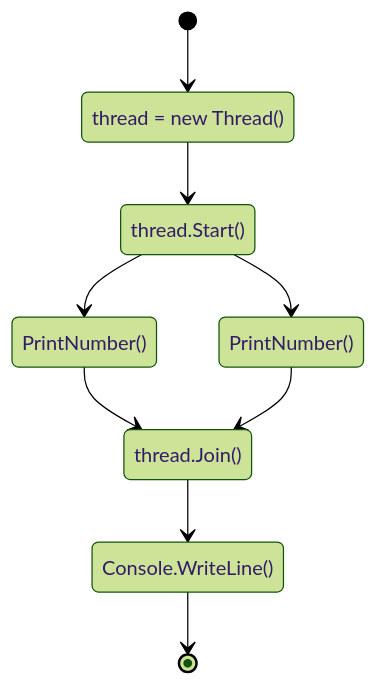
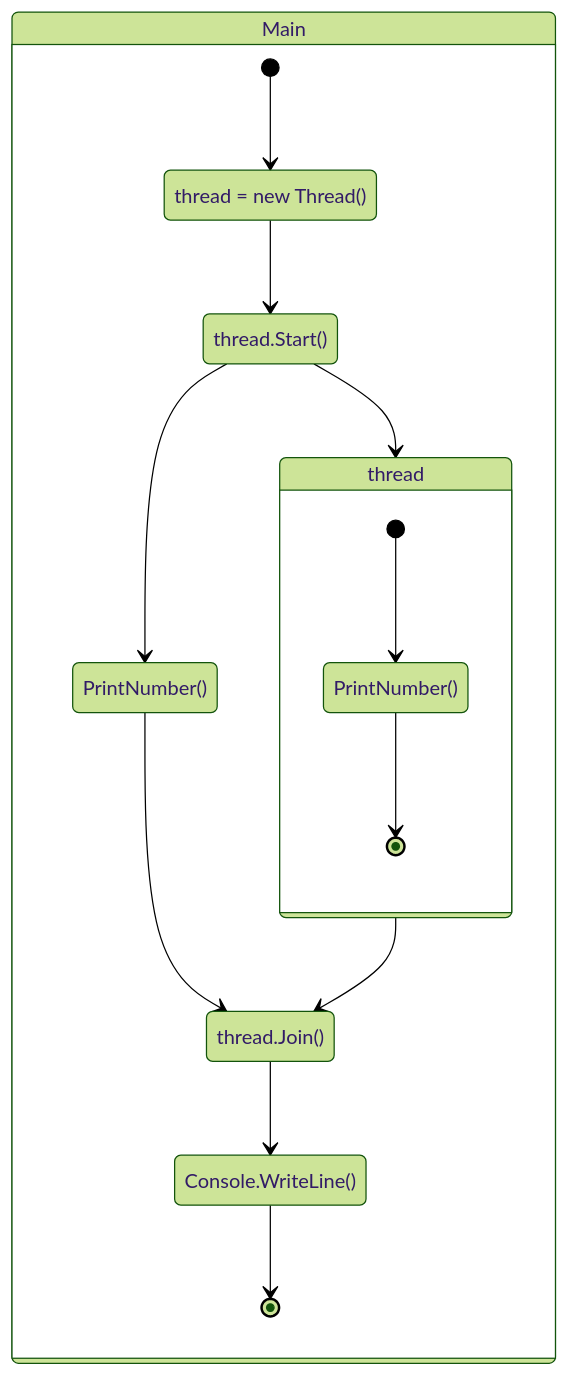
One commit to lupamedeiros/pjd_redes changed the diagram in aula_02/README.md. Above: the diagram before and after it, drawn with Mermaid (forest theme).

````diff
--- a/aula_02/README.md
+++ b/aula_02/README.md
@@ -82,17 +82,23 @@
 ```mermaid
 stateDiagram-v2 
     create : thread = new Thread()
     start : thread.Start()
     print1 : PrintNumber()
+    state thread {
+        [*] --> print2
+        print2 --> [*]
+    }
     print2 : PrintNumber()
     join : thread.Join()
     write : Console.WriteLine()
+    state Main {
     [*] --> create
     create --> start 
     start --> print1
-    start --> print2
+    start --> thread
     print1 --> join
-    print2 --> join
+    thread --> join
     join --> write
     write --> [*]
+    }
 ```
````
